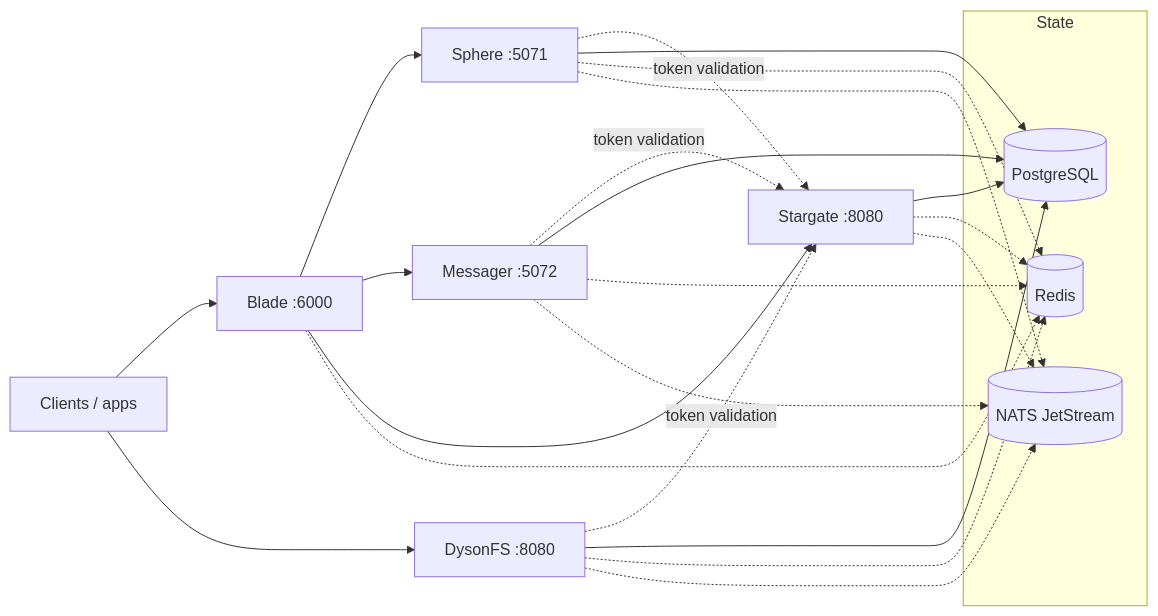
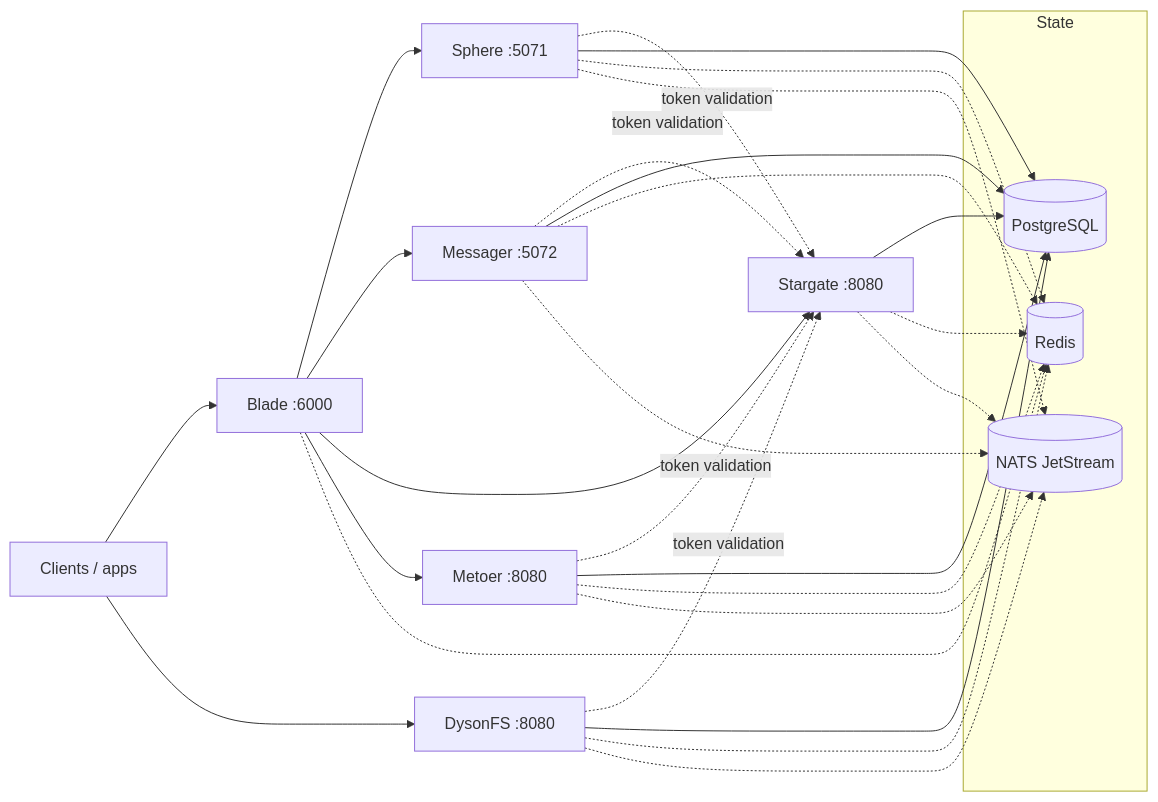
One commit to Solsynth/LightHouse changed the diagram in README.md. Above: the diagram before and after it, drawn with Mermaid. The commit also changed other lines of this file and 901 other files, not shown here.

````diff
--- a/README.md
+++ b/README.md
@@ -28,18 +29,19 @@
 ```mermaid
 flowchart LR
     clients["Clients / apps"] --> blade["Blade :6000"]
     blade --> sphere["Sphere :5071"]
     blade --> messager["Messager :5072"]
     blade --> stargate["Stargate :8080"]
+    blade --> metoer["Metoer :8080"]
     clients --> dysonfs["DysonFS :8080"]
-    sphere & messager & dysonfs -. "token validation" .-> stargate
+    sphere & messager & metoer & dysonfs -. "token validation" .-> stargate
     subgraph state["State"]
         pg[(PostgreSQL)]
         redis[(Redis)]
         nats[(NATS JetStream)]
     end
-    sphere & messager & stargate & dysonfs --> pg
-    sphere & messager & stargate & dysonfs -.-> redis
-    sphere & messager & stargate & dysonfs -.-> nats
+    sphere & messager & stargate & metoer & dysonfs --> pg
+    sphere & messager & stargate & metoer & dysonfs -.-> redis
+    sphere & messager & stargate & metoer & dysonfs -.-> nats
     blade -.-> redis
 ```
````
